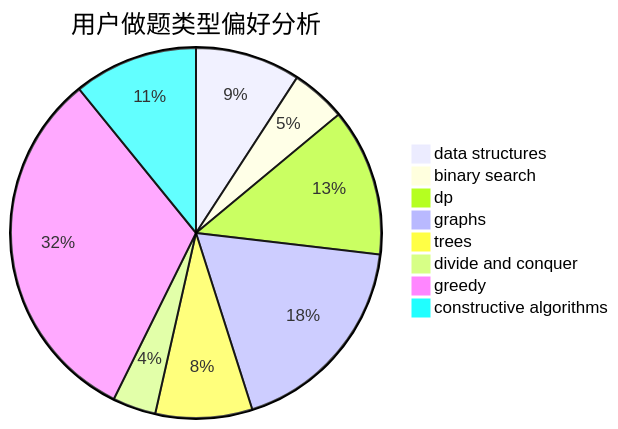
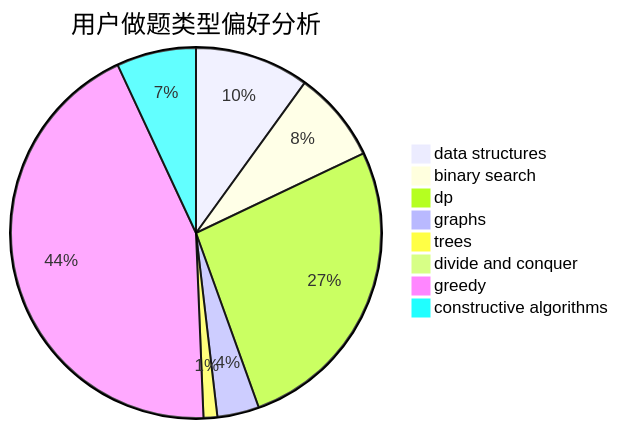
Before and after one commit to sherpahu/cfrs.github.io: the second of 3 diagrams in docs/user/u323.md, drawn with Mermaid. The commit also changed other lines of this file and 2770 other files, not shown here.

````diff
--- a/docs/user/u323.md
+++ b/docs/user/u323.md
@@ -23,11 +23,11 @@
 ```mermaid
 pie title 用户做题类型偏好分析
-    "data structures" :  153
-    "binary search" :  80
-    "dp" :  215
-    "graphs" :  304
-    "trees" :  141
-    "divide and conquer" :  63
-    "greedy" :  531
-    "constructive algorithms" :  181
+    "data structures" :  224
+    "binary search" :  179
+    "dp" :  597
+    "graphs" :  82
+    "trees" :  27
+    "divide and conquer" :  0
+    "greedy" :  982
+    "constructive algorithms" :  156
 ```
````
